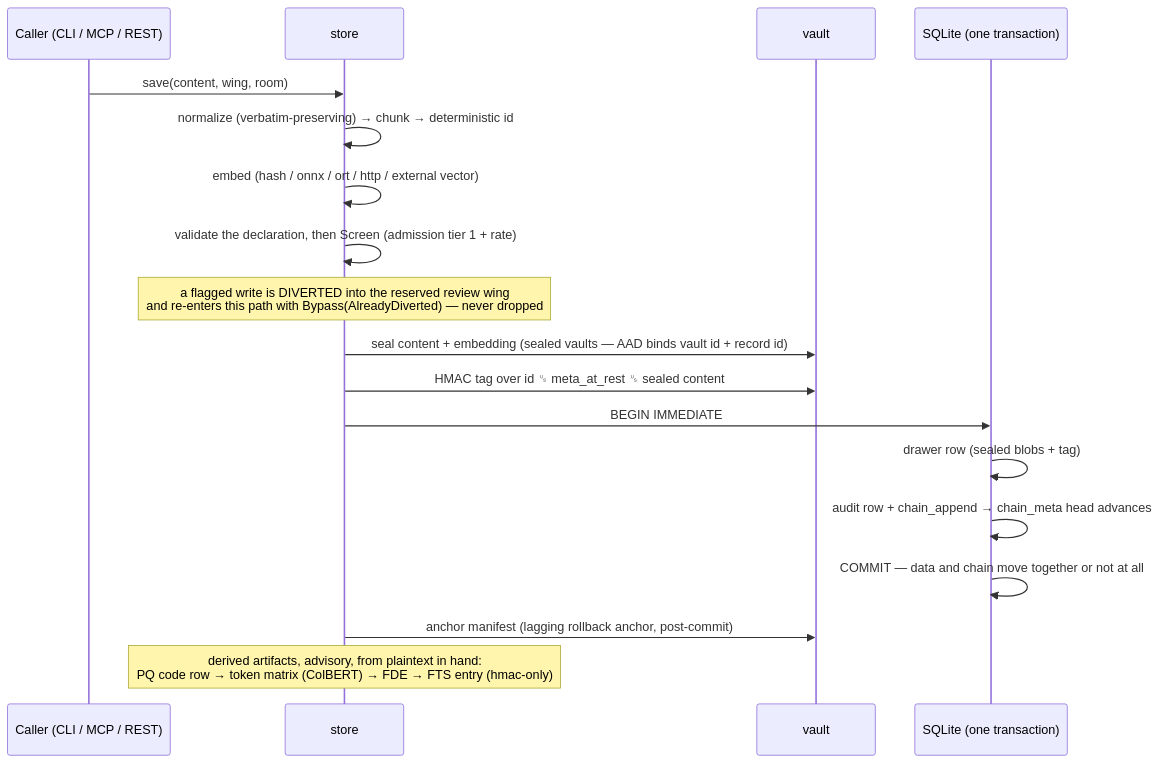
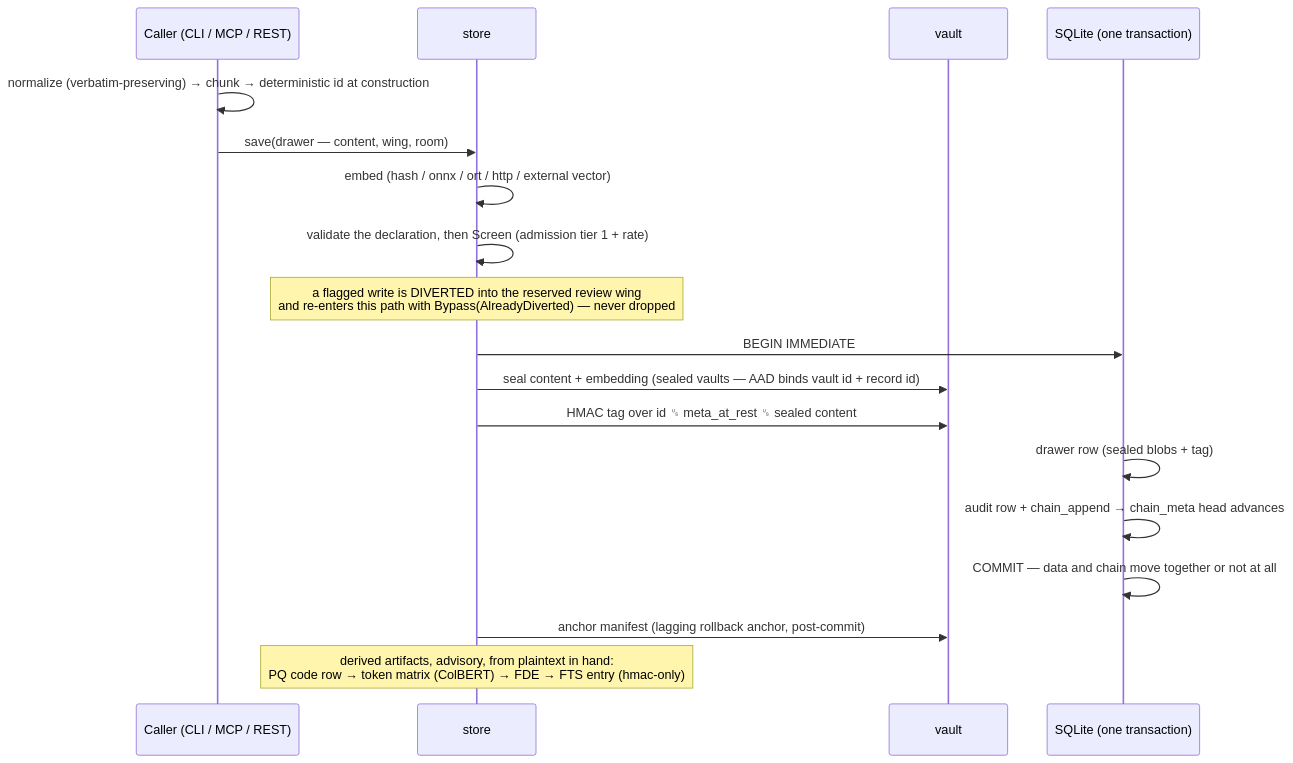
The third of 4 diagrams in docs/architecture.md (sealcroft/undercroft), drawn with Mermaid before and after one commit. The commit also changed other lines of this file and 93 other files, not shown here.

````diff
--- a/docs/architecture.md
+++ b/docs/architecture.md
@@ -126,20 +128,20 @@
 ```mermaid
 sequenceDiagram
     participant C as Caller (CLI / MCP / REST)
     participant S as store
     participant V as vault
     participant DB as SQLite (one transaction)
-    C->>S: save(content, wing, room)
-    S->>S: normalize (verbatim-preserving) → chunk → deterministic id
+    C->>C: normalize (verbatim-preserving) → chunk → deterministic id at construction
+    C->>S: save(drawer — content, wing, room)
     S->>S: embed (hash / onnx / ort / http / external vector)
     S->>S: validate the declaration, then Screen (admission tier 1 + rate)
     Note over S: a flagged write is DIVERTED into the reserved review wing<br/>and re-enters this path with Bypass(AlreadyDiverted) — never dropped
+    S->>DB: BEGIN IMMEDIATE
     S->>V: seal content + embedding (sealed vaults — AAD binds vault id + record id)
     S->>V: HMAC tag over id ␟ meta_at_rest ␟ sealed content
-    S->>DB: BEGIN IMMEDIATE
     DB->>DB: drawer row (sealed blobs + tag)
     DB->>DB: audit row + chain_append → chain_meta head advances
     DB->>DB: COMMIT  — data and chain move together or not at all
     S->>V: anchor manifest (lagging rollback anchor, post-commit)
     Note over S: derived artifacts, advisory, from plaintext in hand:<br/>PQ code row → token matrix (ColBERT) → FDE → FTS entry (hmac-only)
 ```
````
